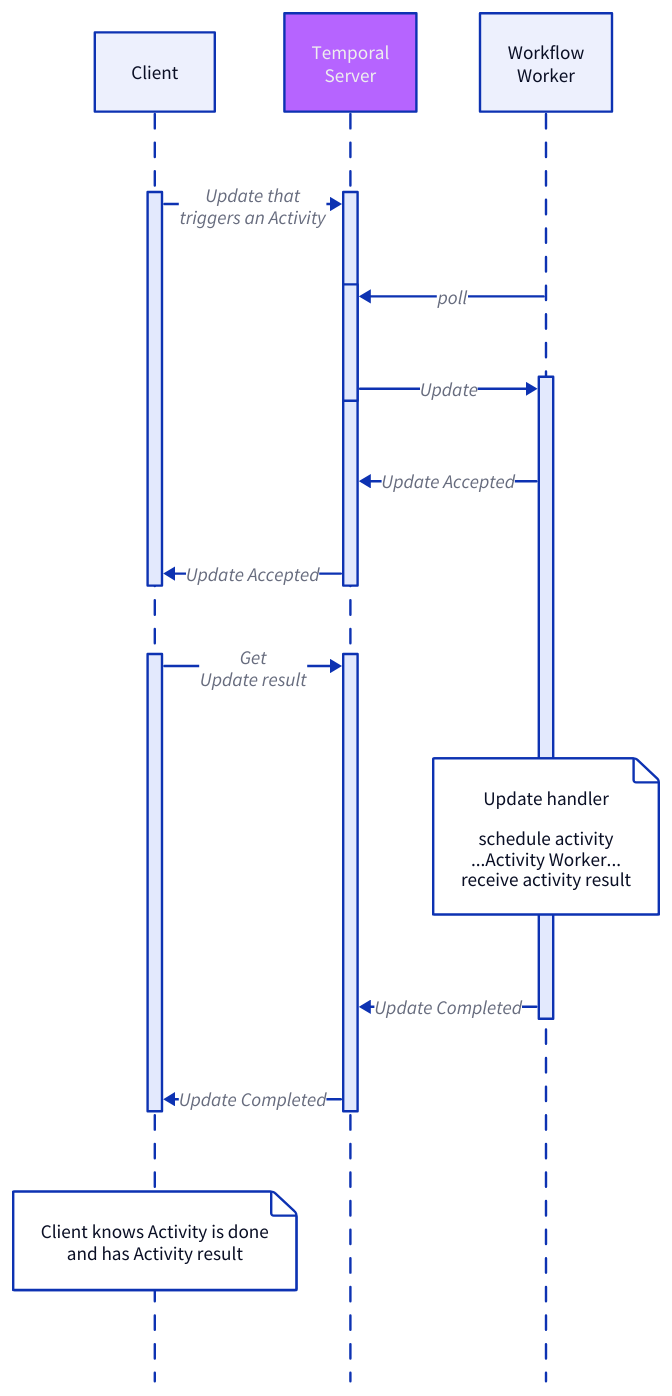
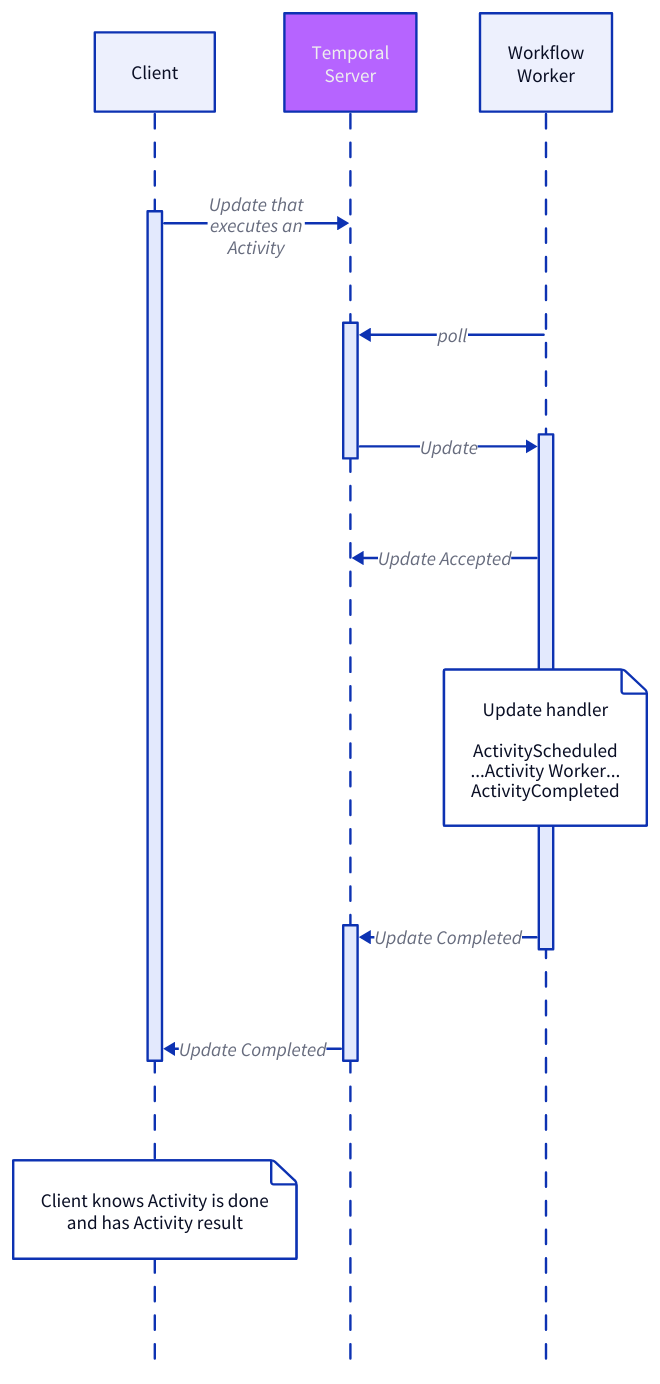
The diagram in diagrams/update-blog-update.d2 (dandavison/temporalio-notes), drawn with D2 before and after one commit.

Commit message:
Don't present update as two-stage from client POV

```diff
--- a/diagrams/update-blog-update.d2
+++ b/diagrams/update-blog-update.d2
@@ -1,26 +1,24 @@
 shape: sequence_diagram
 
 C: {
   label: Client
 }
 S: {
   label: Temporal\nServer
 }
 W: {
   label: Workflow\nWorker
 }
 S.style: {
   fill: "#B664FF"
   font-color: "#EEEEEE"
 }
 
-C.1 -> S.1: Update that\ntriggers an Activity
-W -> S.2: poll
-S.2 -> W.1: Update
-W.1 -> S.1: Update Accepted
-S.1 -> C.1: Update Accepted
-C.2 -> S.3: Get\nUpdate result
-W.1."Update handler\n\nschedule activity\n...Activity Worker...\nreceive activity result"
+C.1 -> S: Update that\nexecutes an\nActivity
+W -> S.1: poll
+S.1 -> W.1: Update
+W.1 -> S: Update Accepted
+W.1."Update handler\n\nActivityScheduled\n...Activity Worker...\nActivityCompleted"
 W.1 -> S.3: Update Completed
-S.3 -> C.2: Update Completed
+S.3 -> C.1: Update Completed
 C."Client knows Activity is done\nand has Activity result"
```
